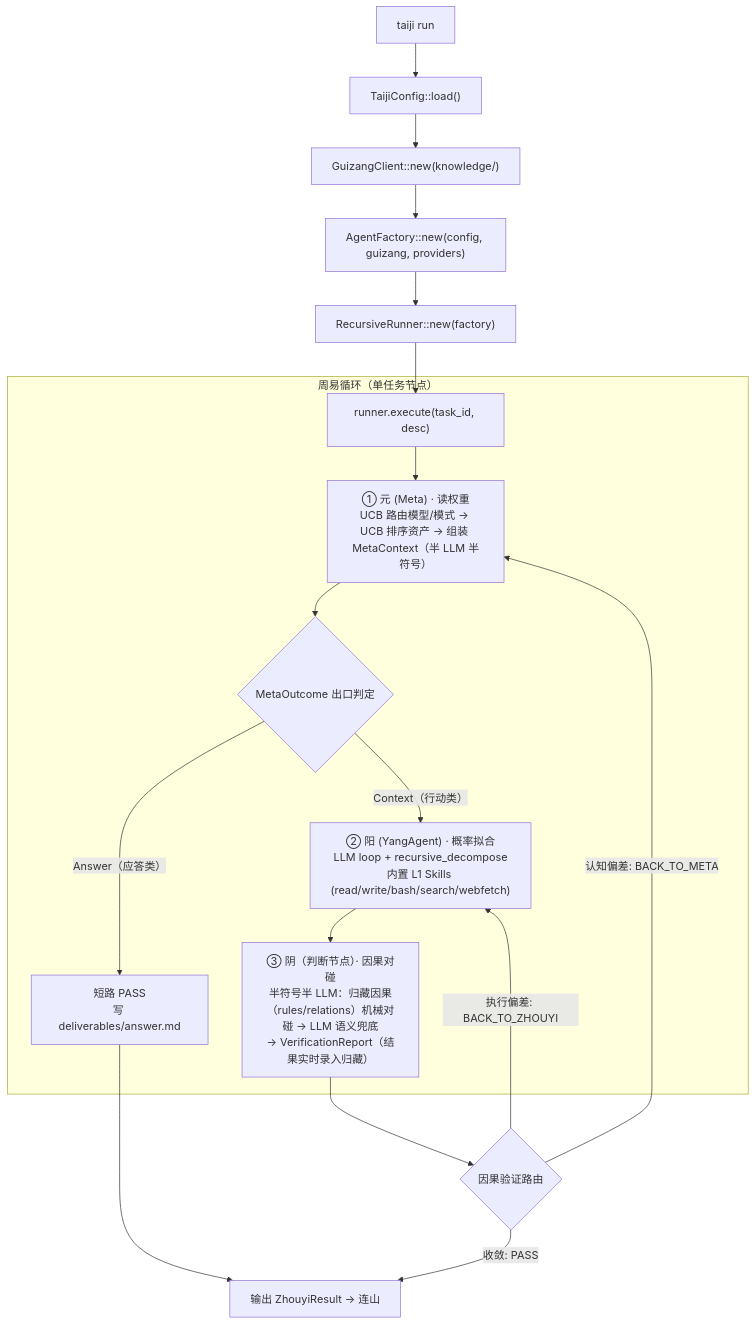
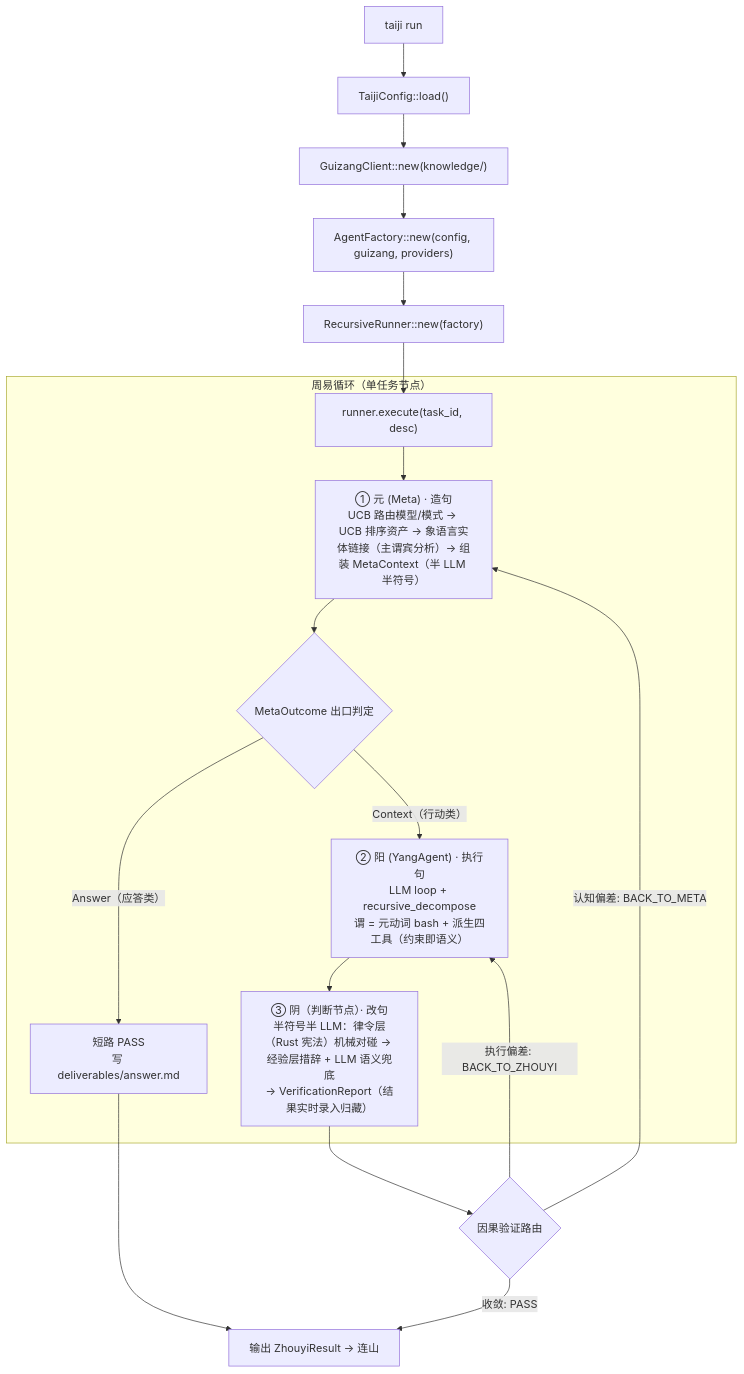
One commit to wenge6090-tech/taiji changed the third of 19 diagrams in Blueprint.md. Above: the diagram before and after it, drawn with Mermaid. The commit also changed other lines of this file and 17 other files, not shown here.

````diff
--- a/Blueprint.md
+++ b/Blueprint.md
@@ -171,22 +216,22 @@
 ```mermaid
 flowchart TD
     USER["taiji run <description>"] --> CONFIG["TaijiConfig::load()"]
     CONFIG --> GUIZANG["GuizangClient::new(knowledge/)"]
     GUIZANG --> FACTORY["AgentFactory::new(config, guizang, providers)"]
     FACTORY --> RUNNER["RecursiveRunner::new(factory)"]
     RUNNER --> EXECUTE["runner.execute(task_id, desc)"]
 
     subgraph "周易循环（单任务节点）"
-        EXECUTE --> META["① 元 (Meta) · 读权重\nUCB 路由模型/模式 → UCB 排序资产 → 组装 MetaContext（半 LLM 半符号）"]
+        EXECUTE --> META["① 元 (Meta) · 造句\nUCB 路由模型/模式 → UCB 排序资产 → 象语言实体链接（主谓宾分析）→ 组装 MetaContext（半 LLM 半符号）"]
         META --> OUT{"MetaOutcome 出口判定"}
         OUT -->|"Answer（应答类）"| ANS["短路 PASS\n写 deliverables/answer.md"]
-        OUT -->|"Context（行动类）"| FIT["② 阳 (YangAgent) · 概率拟合\nLLM loop + recursive_decompose\n内置 L1 Skills (read/write/bash/search/webfetch)"]
-        FIT --> VERIFY["③ 阴（判断节点）· 因果对碰\n半符号半 LLM：归藏因果（rules/relations）机械对碰 → LLM 语义兜底\n→ VerificationReport（结果实时录入归藏）"]
+        OUT -->|"Context（行动类）"| FIT["② 阳 (YangAgent) · 执行句\nLLM loop + recursive_decompose\n谓 = 元动词 bash + 派生四工具（约束即语义）"]
+        FIT --> VERIFY["③ 阴（判断节点）· 改句\n半符号半 LLM：律令层（Rust 宪法）机械对碰 → 经验层措辞 + LLM 语义兜底\n→ VerificationReport（结果实时录入归藏）"]
     end
 
     VERIFY --> ROUTE{"因果验证路由"}
     ROUTE -->|"执行偏差: BACK_TO_ZHOUYI"| FIT
     ROUTE -->|"认知偏差: BACK_TO_META"| META
     ROUTE -->|"收敛: PASS"| DONE["输出 ZhouyiResult → 连山"]
     ANS --> DONE
 ```
````
